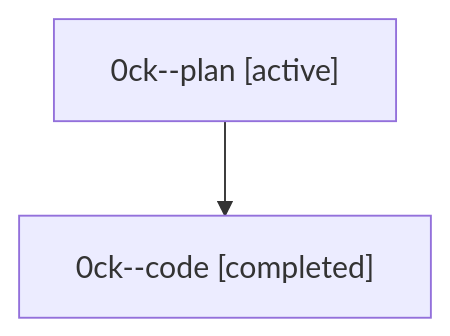
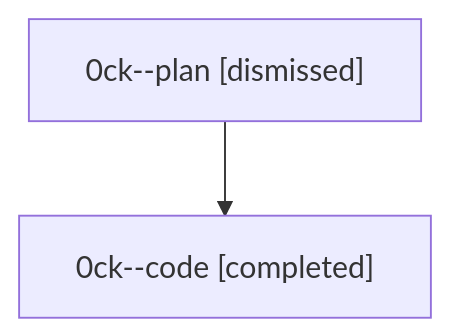
Before and after one commit to sase-org/sase--agents: the diagram in sessions/bbugyi200.athena.0ck.md, drawn with Mermaid. The commit also changed other lines of this file and 28 other files, not shown here.

````diff
--- a/sessions/bbugyi200.athena.0ck.md
+++ b/sessions/bbugyi200.athena.0ck.md
@@ -9,6 +9,6 @@
 ```mermaid
 flowchart TD
-  n0["0ck--plan [active]"]
+  n0["0ck--plan [dismissed]"]
   n1["0ck--code [completed]"]
   n0 --> n1
 ```
````
